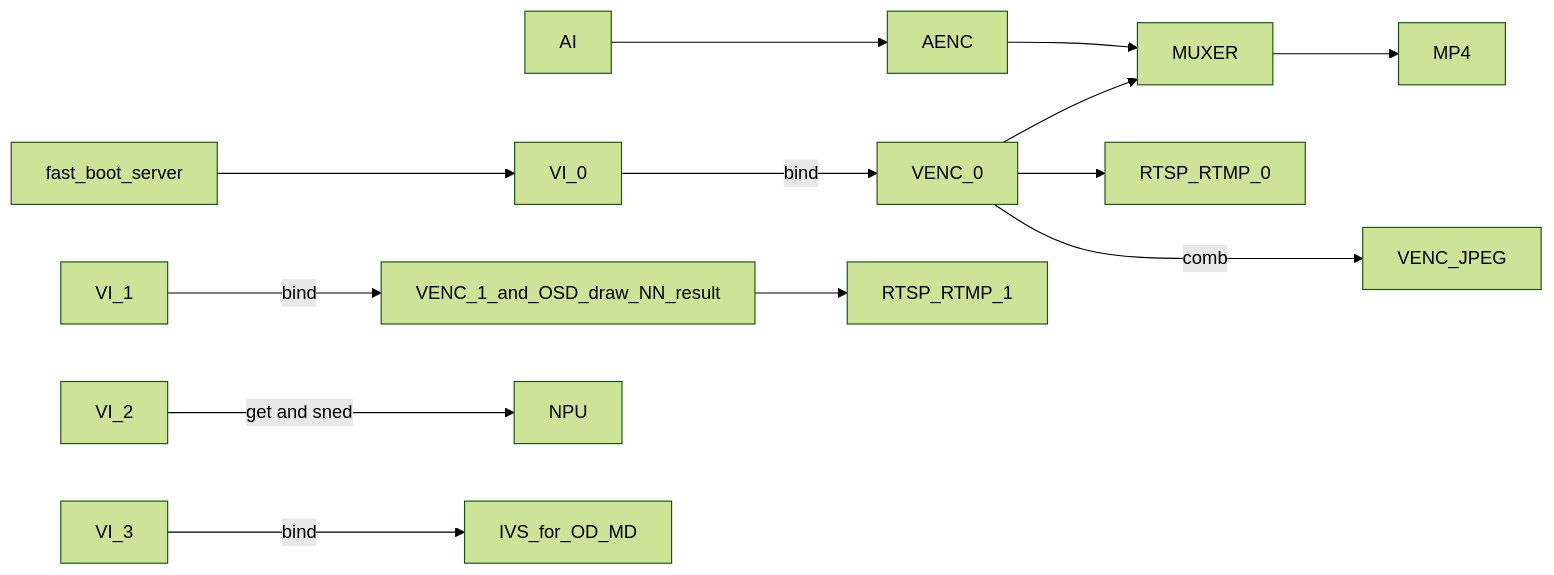
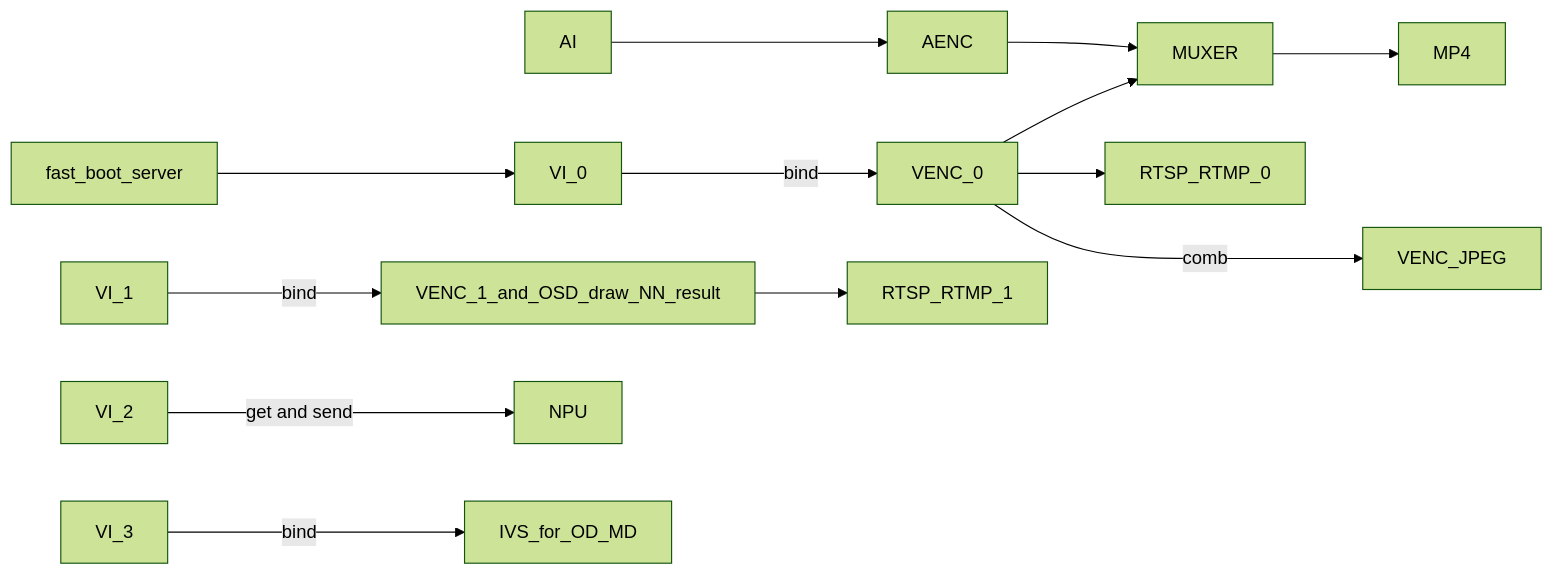
Before and after one commit to mixtile-rockchip/mixtile-sdk-linux-app-rkipc: the third of 17 diagrams in docs/Rockchip_Developer_Guide_Linux_RKIPC_CN.md, drawn with Mermaid (forest theme). The commit also changed other lines of this file and 1 other file, not shown here.

````diff
--- a/docs/Rockchip_Developer_Guide_Linux_RKIPC_CN.md
+++ b/docs/Rockchip_Developer_Guide_Linux_RKIPC_CN.md
@@ -160,11 +160,11 @@
 ```mermaid
 graph LR
 	fast_boot_server-->VI_0
 	AI-->AENC-->MUXER-->MP4
 	VI_0--bind-->VENC_0-->MUXER
 	VENC_0-->RTSP_RTMP_0
 	VENC_0--combo-->VENC_JPEG
 	VI_1--bind-->VENC_1_and_OSD_draw_NN_result-->RTSP_RTMP_1
-	VI_2--get and sned-->NPU
+	VI_2--get and send-->NPU
 	VI_3--bind-->IVS_for_OD_MD
 ```
````
